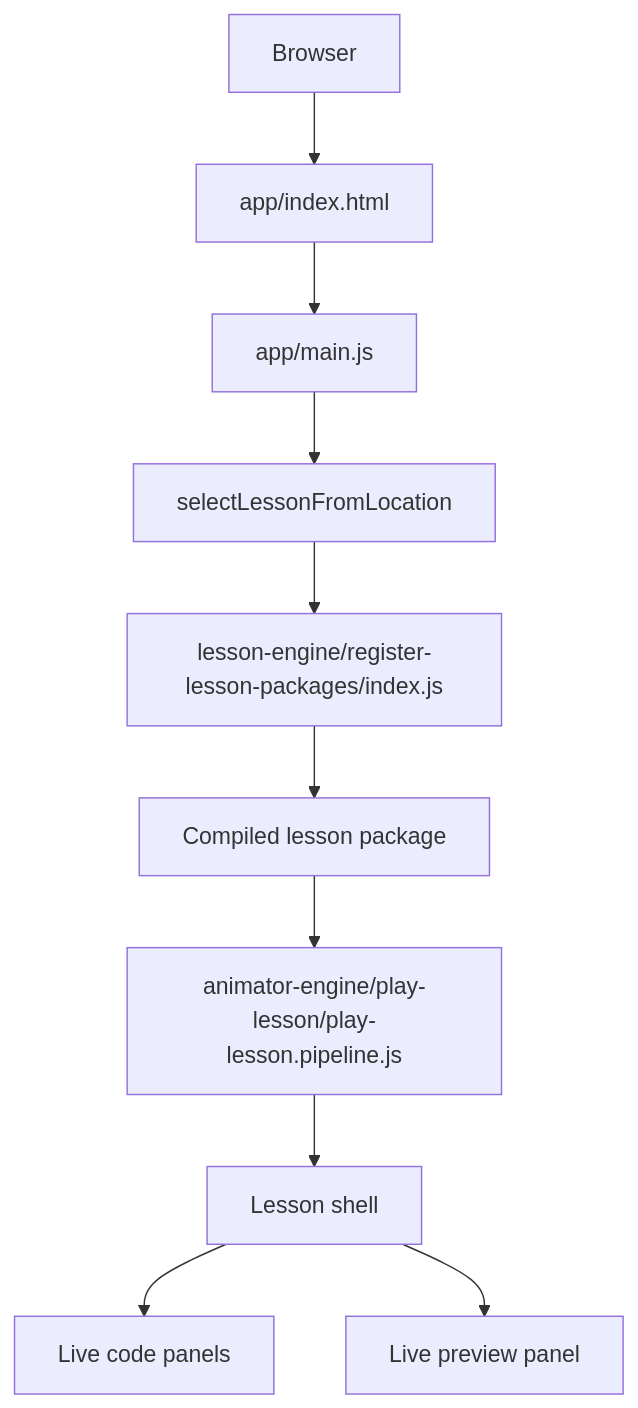
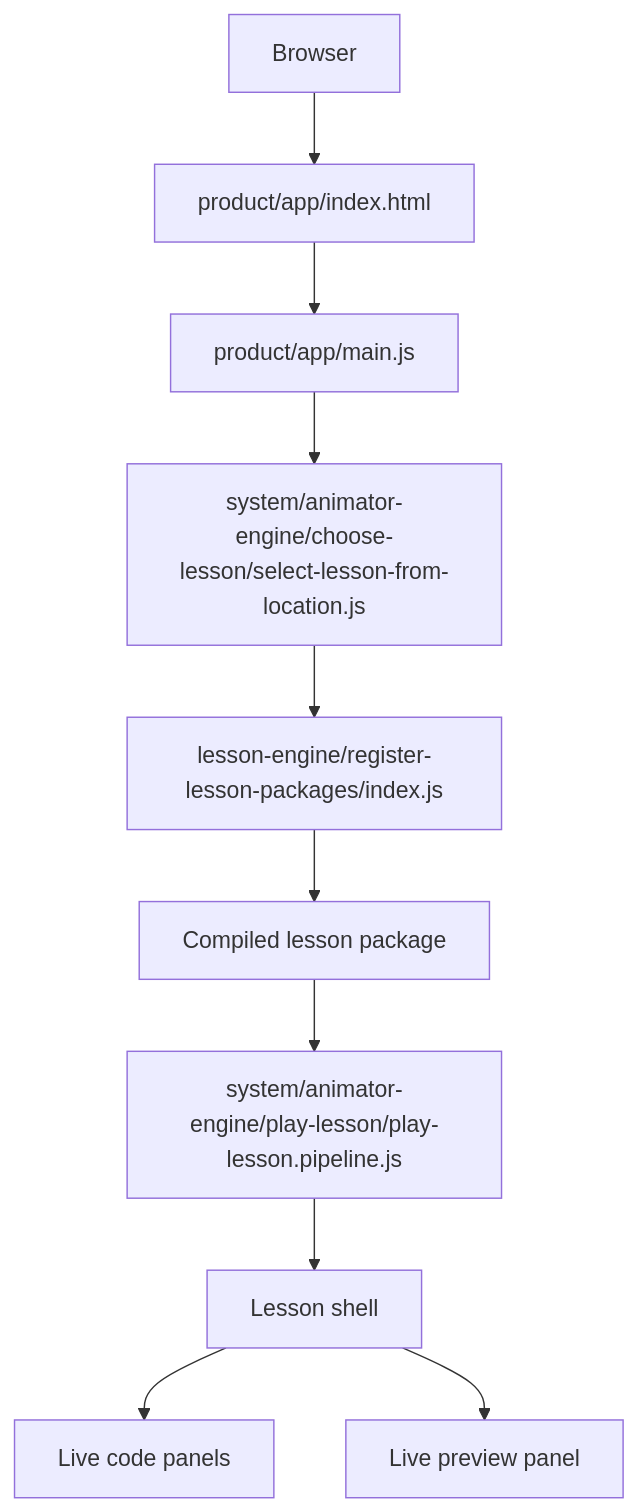
Before and after one commit to shomsy/step-by-step-animator: the diagram in README.md, drawn with Mermaid. The commit also changed other lines of this file and 104 other files, not shown here.

Commit message:
Align product/system docs and paths

````diff
--- a/README.md
+++ b/README.md
@@ -69,17 +73,17 @@
 ```mermaid
 flowchart TD
   Browser[Browser]
-  AppIndex[app/index.html]
-  AppMain[app/main.js]
-  SelectLesson[selectLessonFromLocation]
+  AppIndex[product/app/index.html]
+  AppMain[product/app/main.js]
+  SelectLesson[system/animator-engine/choose-lesson/select-lesson-from-location.js]
   Registry[lesson-engine/register-lesson-packages/index.js]
   LessonPackage[Compiled lesson package]
-  PlayPipeline[animator-engine/play-lesson/play-lesson.pipeline.js]
+  PlayPipeline[system/animator-engine/play-lesson/play-lesson.pipeline.js]
   LessonShell[Lesson shell]
   CodePanel[Live code panels]
   PreviewPanel[Live preview panel]
 
   Browser --> AppIndex --> AppMain --> SelectLesson --> Registry --> LessonPackage --> PlayPipeline --> LessonShell
   LessonShell --> CodePanel
   LessonShell --> PreviewPanel
 ```
````
